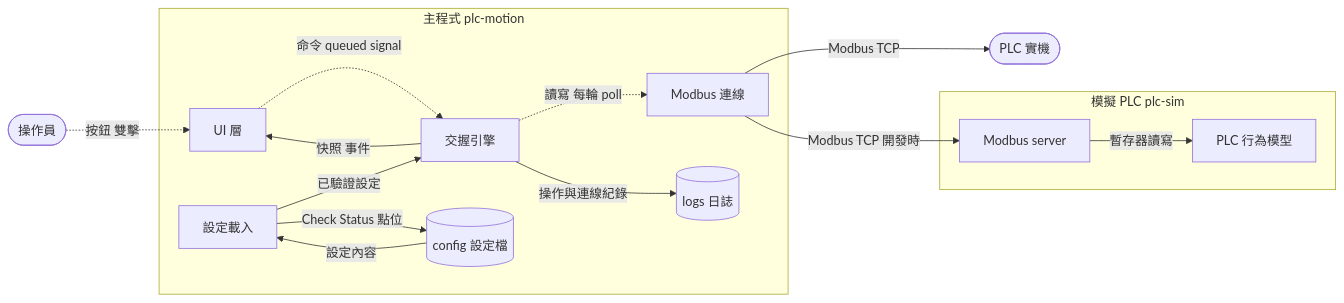
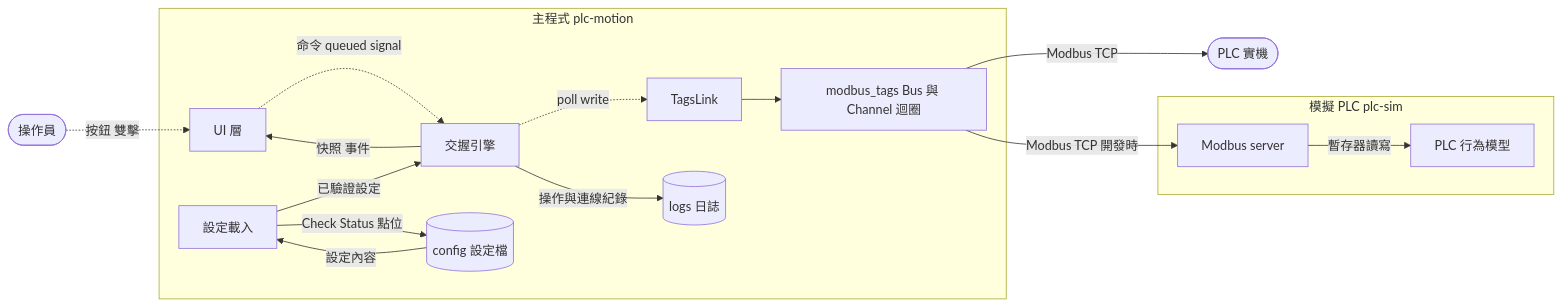
The diagram in docs/design/design-system-blueprint.md (Jimengyi/PLC-and-PL-Modbus-Motion), drawn with Mermaid before and after one commit. The commit also changed other lines of this file and 8 other files, not shown here.

````diff
--- a/docs/design/design-system-blueprint.md
+++ b/docs/design/design-system-blueprint.md
@@ -28,28 +29,30 @@
 ```mermaid
 flowchart LR
   OP([操作員])
   PLC([PLC 實機])
   subgraph APP[主程式 plc-motion]
     UI[UI 層]
     ENG[交握引擎]
-    LINK[Modbus 連線]
+    LINK[TagsLink]
+    LIB[modbus_tags Bus 與 Channel 迴圈]
     CFG[設定載入]
     FILES[(config 設定檔)]
     LOG[(logs 日誌)]
   end
   subgraph SIMAPP[模擬 PLC plc-sim]
     SRV[Modbus server]
     MODEL[PLC 行為模型]
   end
   OP -.->|按鈕 雙擊| UI
   UI -.->|命令 queued signal| ENG
   ENG -->|快照 事件| UI
-  ENG -.->|讀寫 每輪 poll| LINK
-  LINK -->|Modbus TCP| PLC
-  LINK -->|Modbus TCP 開發時| SRV
+  ENG -.->|poll write| LINK
+  LINK --> LIB
+  LIB -->|Modbus TCP| PLC
+  LIB -->|Modbus TCP 開發時| SRV
   SRV -->|暫存器讀寫| MODEL
   FILES -->|設定內容| CFG
   CFG -->|已驗證設定| ENG
   CFG -->|Check Status 點位| FILES
   ENG -->|操作與連線紀錄| LOG
 ```
````
